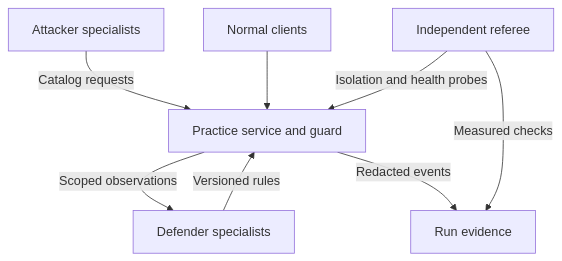
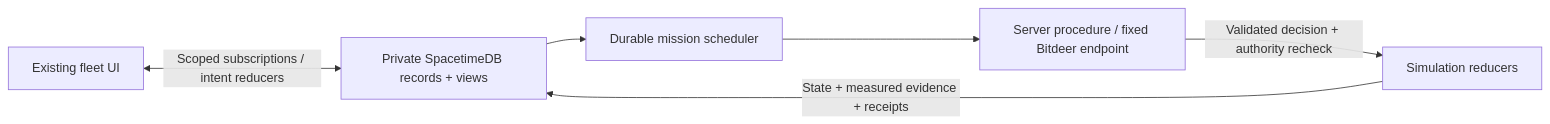
One commit to wongywrongy/calhacks13.0 changed the diagram in docs/ARCHITECTURE.md. Above: the diagram before and after it, drawn with Mermaid. The commit also changed other lines of this file and 50 other files, not shown here.

Commit message:
Complete durable fleet missions and fix reset and evidence handling

````diff
--- a/docs/ARCHITECTURE.md
+++ b/docs/ARCHITECTURE.md
@@ -16,10 +9,8 @@
 ```mermaid
-flowchart TD
-  A[Attacker specialists] -->|Catalog requests| S[Practice service and guard]
-  C[Normal clients] --> S
-  S -->|Scoped observations| D[Defender specialists]
-  D -->|Versioned rules| S
-  R[Independent referee] -->|Isolation and health probes| S
-  S -->|Redacted events| E[Run evidence]
-  R -->|Measured checks| E
+flowchart LR
+  UI[Existing fleet UI] <-->|Scoped subscriptions / intent reducers| DB[Private SpacetimeDB records + views]
+  DB --> O[Durable mission scheduler]
+  O --> P[Server procedure / fixed Bitdeer endpoint]
+  P -->|Validated decision + authority recheck| S[Simulation reducers]
+  S -->|State + measured evidence + receipts| DB
 ```
````
